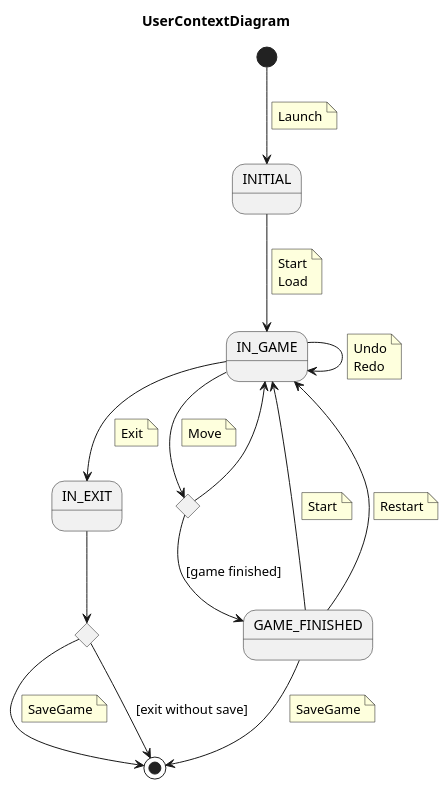
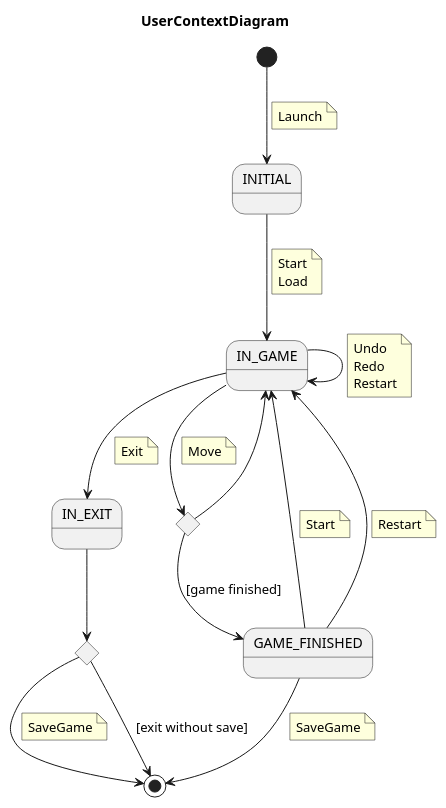
Before and after one commit to Master-Desarrollo-20-21/patrones-diseno---practica-final---juego-de-las-damas-fraylopez: the diagram in docs/src/use-cases/context/game-context.plantuml, drawn with PlantUML. The commit also changed 1 other file, not shown here.

Commit message:
add restart to in_game

```diff
--- a/docs/src/use-cases/context/game-context.plantuml
+++ b/docs/src/use-cases/context/game-context.plantuml
@@ -1,62 +1,62 @@
 @startuml UserContextDiagram
 title UserContextDiagram
 state INITIAL
 state IN_GAME
 state GAME_FINISHED
 state IN_EXIT
 
 state IF <<choice>>
 state IF_EXIT <<choice>>
 
 [*] --> INITIAL
 note on link
     Launch
 end note
 
 INITIAL --> IN_GAME
     note on link
         Start
         Load
     end note
 IN_GAME --> IN_GAME
 note on link
     Undo
     Redo
-    ' Resume
+    Restart
 end note
 GAME_FINISHED --> IN_GAME
     note on link
         Start
     end note
 
 GAME_FINISHED --> IN_GAME
     note on link
         Restart
     end note
 IN_GAME --> IF
     note on link
         Move
     end note
 
 IF --> IN_GAME
 IF --> GAME_FINISHED: [game finished]
 
 IN_GAME --> IN_EXIT
     note on link
         Exit
     end note
 
 IN_EXIT --> IF_EXIT
 
 IF_EXIT --> [*]
     note on link
         SaveGame
     end note
 
 IF_EXIT --> [*] : [exit without save]
 
 GAME_FINISHED --> [*]
     note on link
         SaveGame
     end note
 @enduml
```
